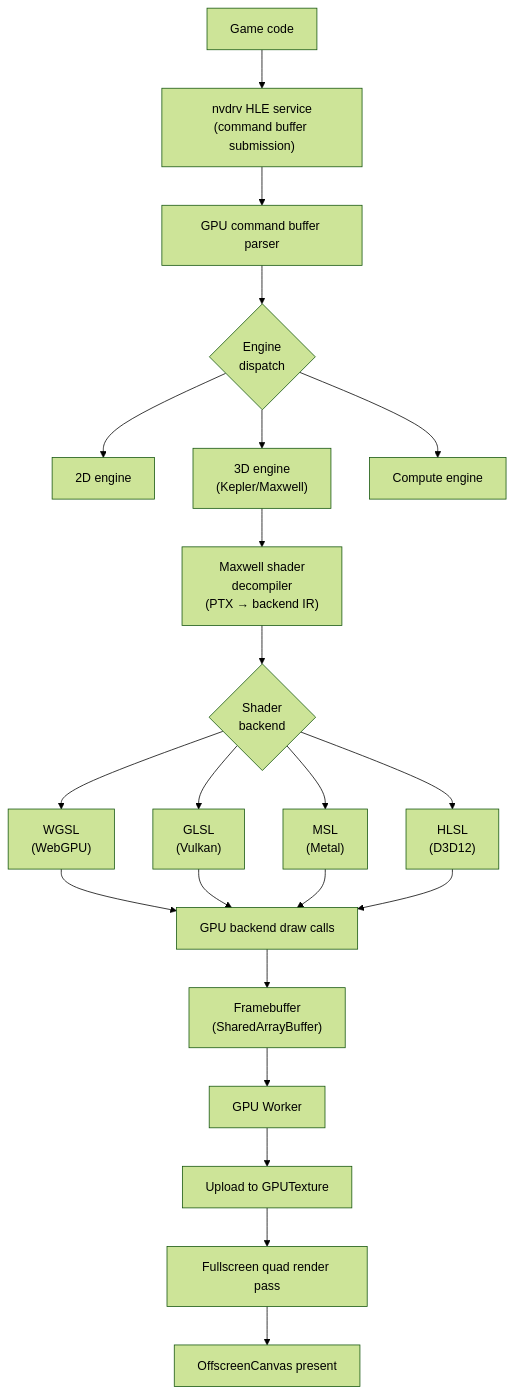
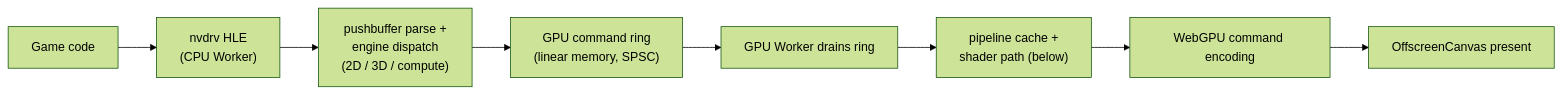
One commit to helloimthesigma-blip/Voland changed the seventh of 15 diagrams in docs/DESIGN.md. Above: the diagram before and after it, drawn with Mermaid (forest theme). The commit also changed other lines of this file, not shown here.

First line of the commit message:
docs: correct DESIGN.md web-platform-API claims verified against a real toolchain

````diff
--- a/docs/DESIGN.md
+++ b/docs/DESIGN.md
@@ -1263,46 +1252,19 @@
 ```mermaid
-flowchart TD
+flowchart LR
     GAME["Game code"]
-    NV["nvdrv HLE service<br/>(command buffer submission)"]
-    PARSE["GPU command buffer parser"]
-    DISP{"Engine<br/>dispatch"}
-    E2D["2D engine"]
-    E3D["3D engine<br/>(Kepler/Maxwell)"]
-    EC["Compute engine"]
-
-    DECOMP["Maxwell shader<br/>decompiler<br/>(PTX → backend IR)"]
-    SHB{"Shader<br/>backend"}
-    WGSL["WGSL<br/>(WebGPU)"]
-    GLSL["GLSL<br/>(Vulkan)"]
-    MSL["MSL<br/>(Metal)"]
-    HLSL["HLSL<br/>(D3D12)"]
-
-    DRAW["GPU backend draw calls"]
-    FB["Framebuffer<br/>(SharedArrayBuffer)"]
-    GPU_W["GPU Worker"]
-    UP["Upload to GPUTexture"]
-    QP["Fullscreen quad render pass"]
+    NV["nvdrv HLE<br/>(CPU Worker)"]
+    PARSE["pushbuffer parse +<br/>engine dispatch<br/>(2D / 3D / compute)"]
+    RING["GPU command ring<br/>(linear memory, SPSC)"]
+    DRAIN["GPU Worker drains ring"]
+    PIPE["pipeline cache +<br/>shader path (below)"]
+    ENC["WebGPU command encoding"]
     OFF["OffscreenCanvas present"]
 
     GAME --> NV
     NV --> PARSE
-    PARSE --> DISP
-    DISP --> E2D
-    DISP --> E3D
-    DISP --> EC
-    E3D --> DECOMP
-    DECOMP --> SHB
-    SHB --> WGSL
-    SHB --> GLSL
-    SHB --> MSL
-    SHB --> HLSL
-    WGSL --> DRAW
-    GLSL --> DRAW
-    MSL --> DRAW
-    HLSL --> DRAW
-    DRAW --> FB
-    FB --> GPU_W
-    GPU_W --> UP
-    UP --> QP
-    QP --> OFF
+    PARSE --> RING
+    RING --> DRAIN
+    DRAIN --> PIPE
+    PIPE --> ENC
+    ENC --> OFF
 ```
````
